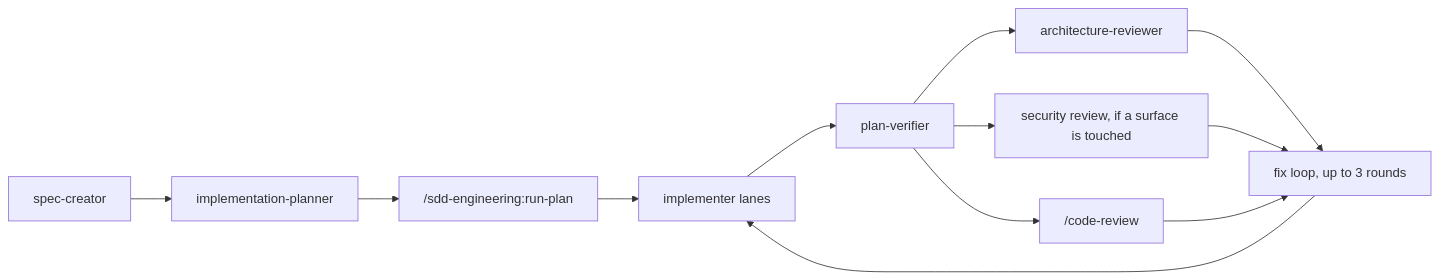
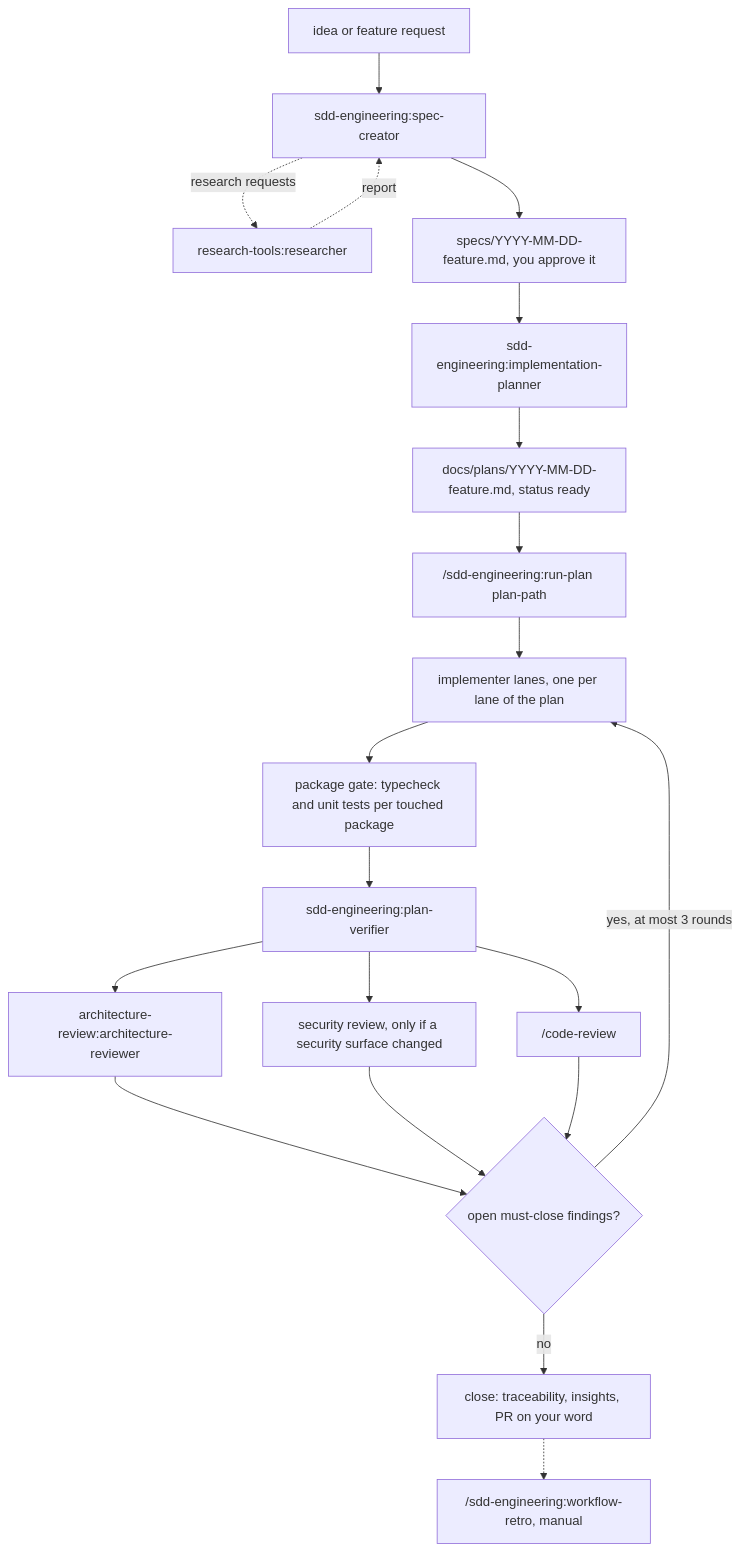
The diagram in plugins/sdd-engineering/README.md (HlibHav/dev-digest-ai-marketplace), drawn with Mermaid before and after one commit. The commit also changed other lines of this file and 23 other files, not shown here.

````diff
--- a/plugins/sdd-engineering/README.md
+++ b/plugins/sdd-engineering/README.md
@@ -26,14 +44,22 @@
 ```mermaid
-flowchart LR
-  SC[spec-creator] --> IP[implementation-planner]
-  IP --> RP["/sdd-engineering:run-plan"]
-  RP --> IM["implementer lanes"]
-  IM --> PV[plan-verifier]
-  PV --> AR[architecture-reviewer]
-  PV --> SEC[security review, if a surface is touched]
+flowchart TD
+  IDEA[idea or feature request] --> SC[sdd-engineering:spec-creator]
+  SC -. research requests .-> RS[research-tools:researcher]
+  RS -. report .-> SC
+  SC --> SPEC[specs/YYYY-MM-DD-feature.md, you approve it]
+  SPEC --> IP[sdd-engineering:implementation-planner]
+  IP --> PLAN[docs/plans/YYYY-MM-DD-feature.md, status ready]
+  PLAN --> RP["/sdd-engineering:run-plan plan-path"]
+  RP --> IM[implementer lanes, one per lane of the plan]
+  IM --> GATE[package gate: typecheck and unit tests per touched package]
+  GATE --> PV[sdd-engineering:plan-verifier]
+  PV --> AR[architecture-review:architecture-reviewer]
+  PV --> SEC[security review, only if a security surface changed]
   PV --> CR["/code-review"]
-  AR --> FIX[fix loop, up to 3 rounds]
+  AR --> FIX{open must-close findings?}
   SEC --> FIX
   CR --> FIX
-  FIX --> IM
+  FIX -- yes, at most 3 rounds --> IM
+  FIX -- no --> DONE[close: traceability, insights, PR on your word]
+  DONE -.-> RETRO["/sdd-engineering:workflow-retro, manual"]
 ```
````
